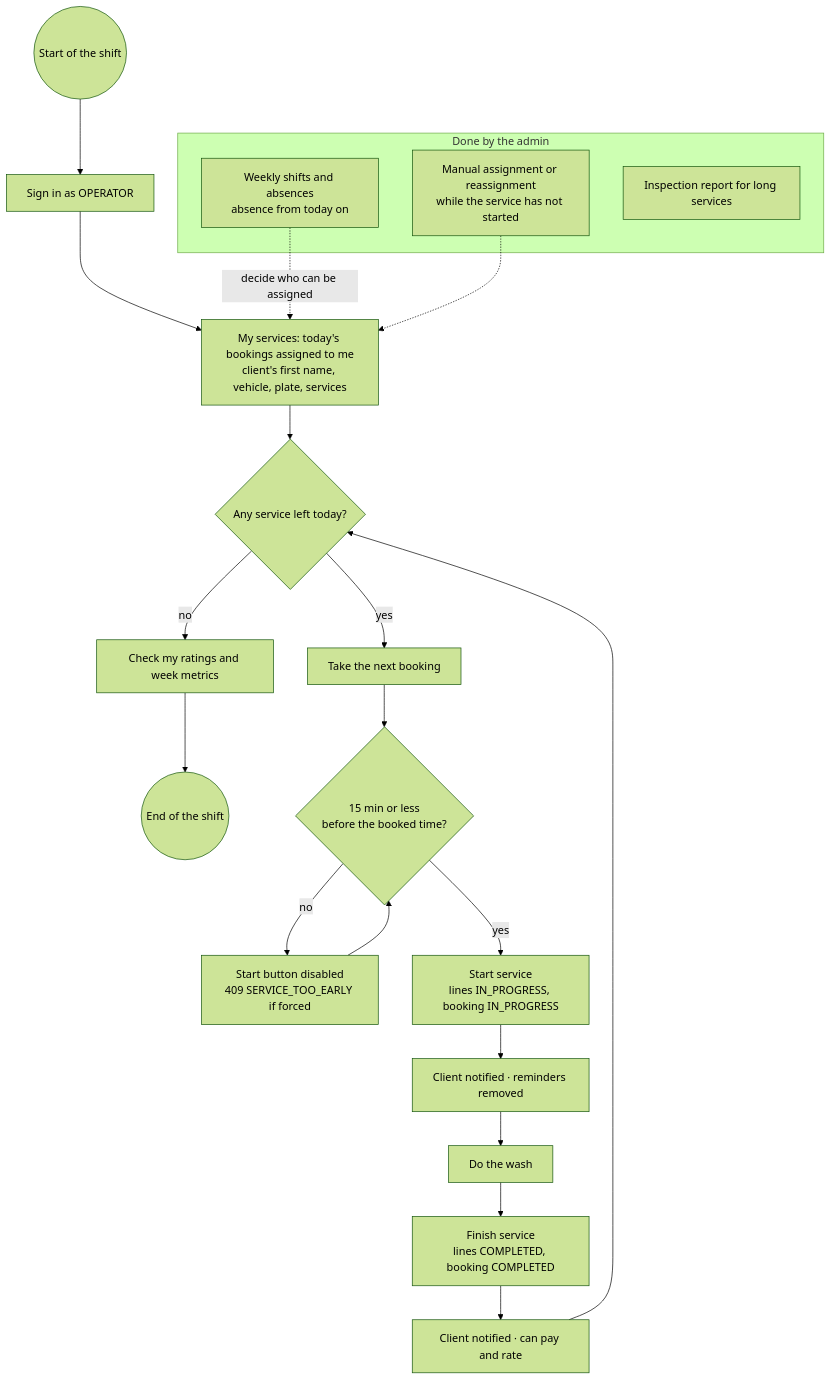
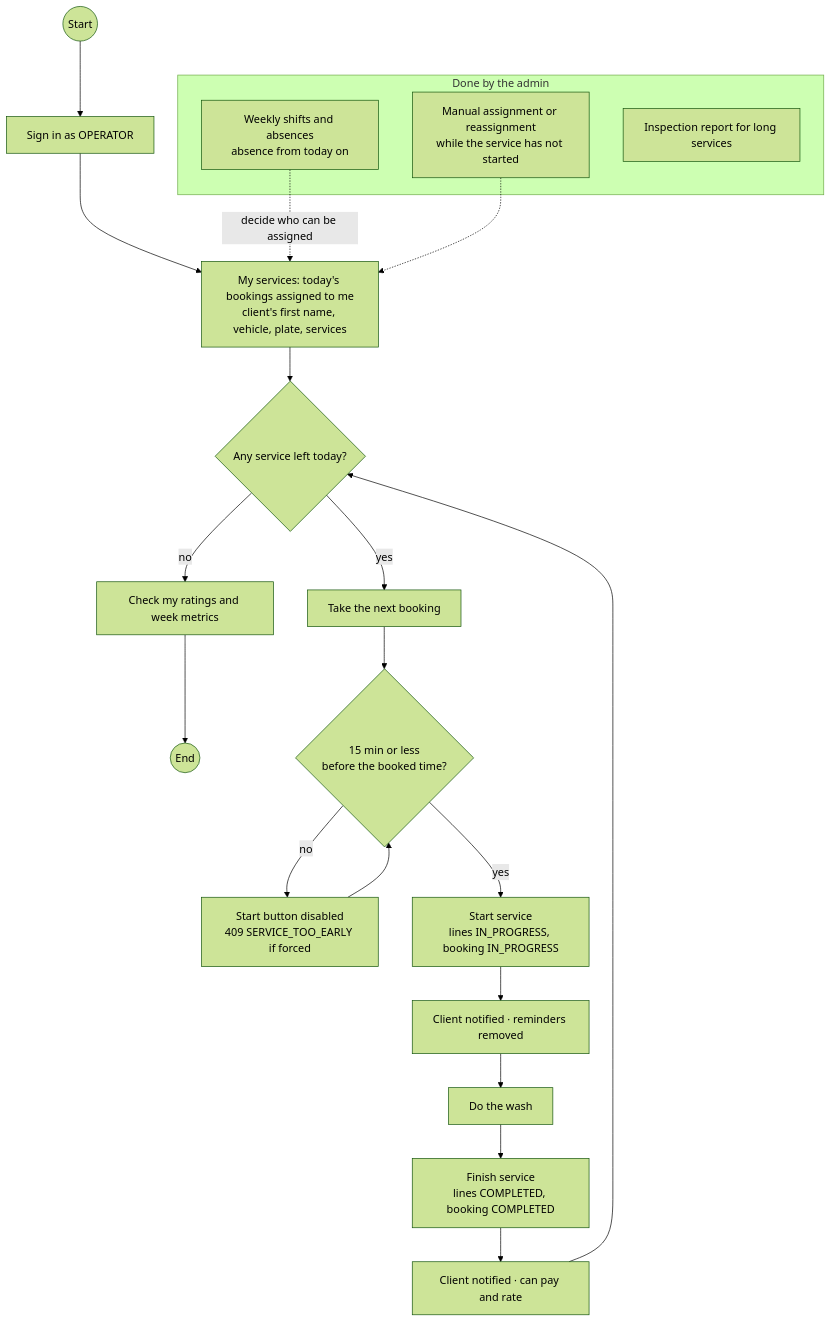
One commit to code-sena/vehicle-w-docs changed the diagram in 08-uml/diagrams/source/activity-operator-day.md. Above: the diagram before and after it, drawn with Mermaid (forest theme). The commit also changed 20 other files, not shown here.

First line of the commit message:
docs(uml): align the diagrams with the code and keep them free of crossing lines

````diff
--- a/08-uml/diagrams/source/activity-operator-day.md
+++ b/08-uml/diagrams/source/activity-operator-day.md
@@ -6,24 +6,24 @@
 ```mermaid
 flowchart TD
-    start((Start of the shift)) --> login[Sign in as OPERATOR]
+    start((Start)) --> login[Sign in as OPERATOR]
     login --> list[My services: today's bookings assigned to me<br/>client's first name, vehicle, plate, services]
     list --> any{Any service left today?}
-    any -- no --> stats[Check my ratings and week metrics] --> stop((End of the shift))
+    any -- no --> stats[Check my ratings and week metrics] --> stop((End))
     any -- yes --> next[Take the next booking]
     next --> early{15 min or less<br/>before the booked time?}
     early -- no --> waitm[Start button disabled<br/>409 SERVICE_TOO_EARLY if forced] --> early
     early -- yes --> startS[Start service<br/>lines IN_PROGRESS, booking IN_PROGRESS]
     startS --> n1[Client notified · reminders removed]
     n1 --> wash[Do the wash]
     wash --> finish[Finish service<br/>lines COMPLETED, booking COMPLETED]
     finish --> n2[Client notified · can pay and rate]
     n2 --> any
 
     subgraph admin["Done by the admin"]
         shifts[Weekly shifts and absences<br/>absence from today on]
         assign[Manual assignment or reassignment<br/>while the service has not started]
         insp[Inspection report for long services]
     end
     shifts -. "decide who can be assigned" .-> list
     assign -.-> list
 ```
````
